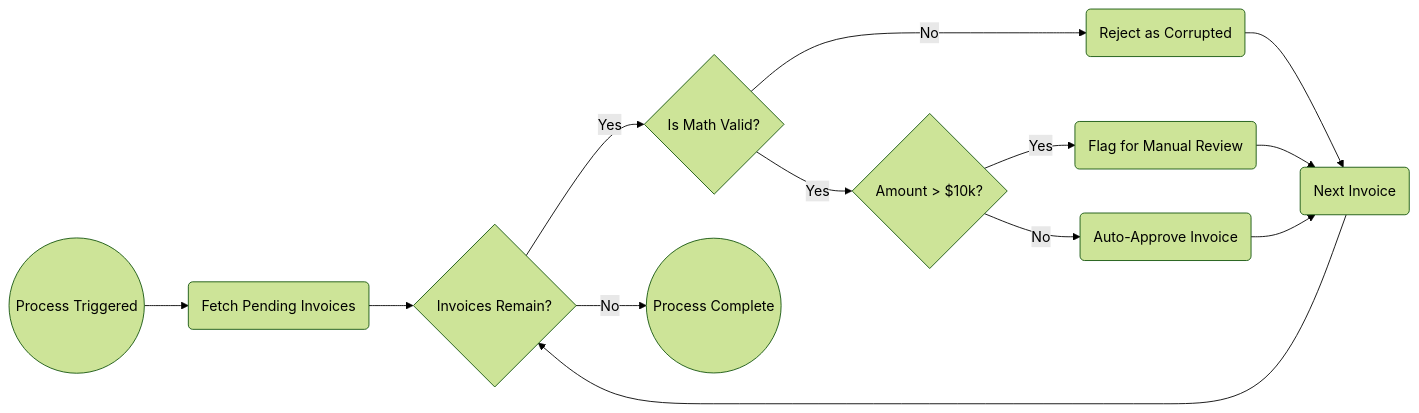
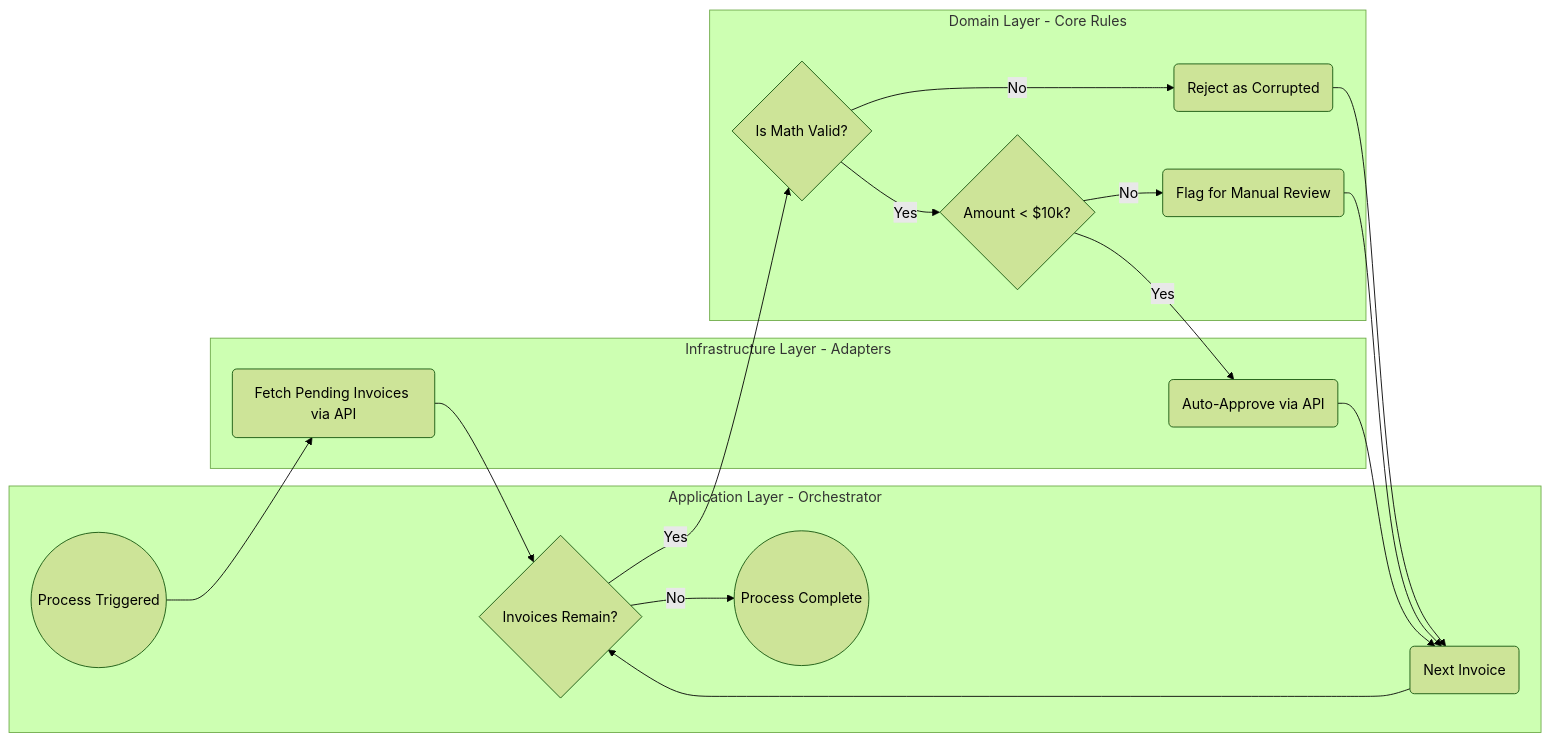
The second of 2 diagrams in README.md (21010/ae-workshop-invoice-processing), drawn with Mermaid (forest theme) before and after one commit. The commit also changed other lines of this file, not shown here.

Commit message:
chore: auto-sync project sandbox from private main repo

````diff
--- a/README.md
+++ b/README.md
@@ -197,15 +202,34 @@
    ```mermaid
    flowchart LR
-       Start((Process Triggered)) --> Fetch(Fetch Pending Invoices)
-       Fetch --> Loop{Invoices Remain?}
-       Loop -- Yes --> Validate{Is Math Valid?}
-       Loop -- No --> End((Process Complete))
-       Validate -- No --> Reject(Reject as Corrupted)
-       Validate -- Yes --> CheckAmount{Amount > $10k?}
-       CheckAmount -- Yes --> Manual(Flag for Manual Review)
-       CheckAmount -- No --> Approve(Auto-Approve Invoice)
-       Reject --> Next(Next Invoice)
+       subgraph Application [Application Layer - Orchestrator]
+           Start((Process Triggered))
+           Loop{Invoices Remain?}
+           Next(Next Invoice)
+           End((Process Complete))
+       end
+       
+       subgraph Infrastructure [Infrastructure Layer - Adapters]
+           Fetch(Fetch Pending Invoices via API)
+           Approve(Auto-Approve via API)
+       end
+       
+       subgraph Domain [Domain Layer - Core Rules]
+           Validate{Is Math Valid?}
+           CheckAmount{Amount < $10k?}
+           Reject(Reject as Corrupted)
+           Manual(Flag for Manual Review)
+       end
+
+       Start --> Fetch
+       Fetch --> Loop
+       Loop -- Yes --> Validate
+       Loop -- No --> End
+       Validate -- No --> Reject
+       Validate -- Yes --> CheckAmount
+       CheckAmount -- No --> Manual
+       CheckAmount -- Yes --> Approve
+       Reject --> Next
        Manual --> Next
        Approve --> Next
        Next --> Loop
    ```
````
